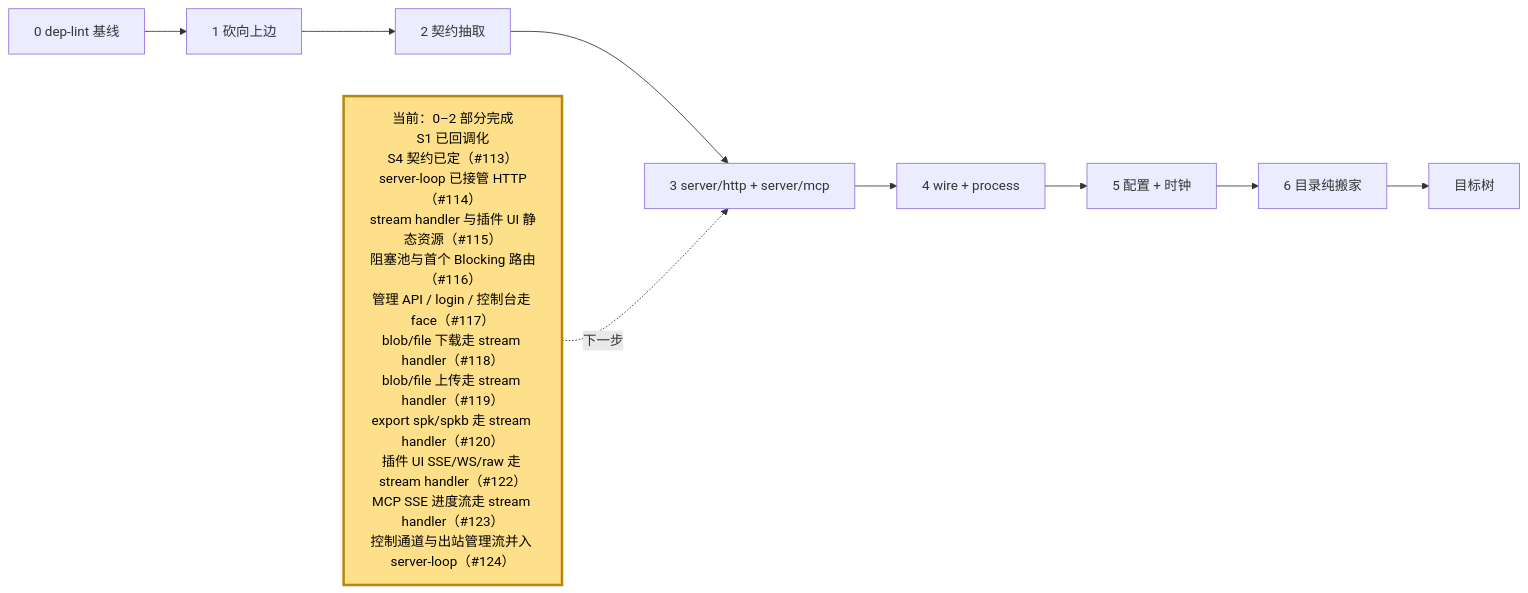
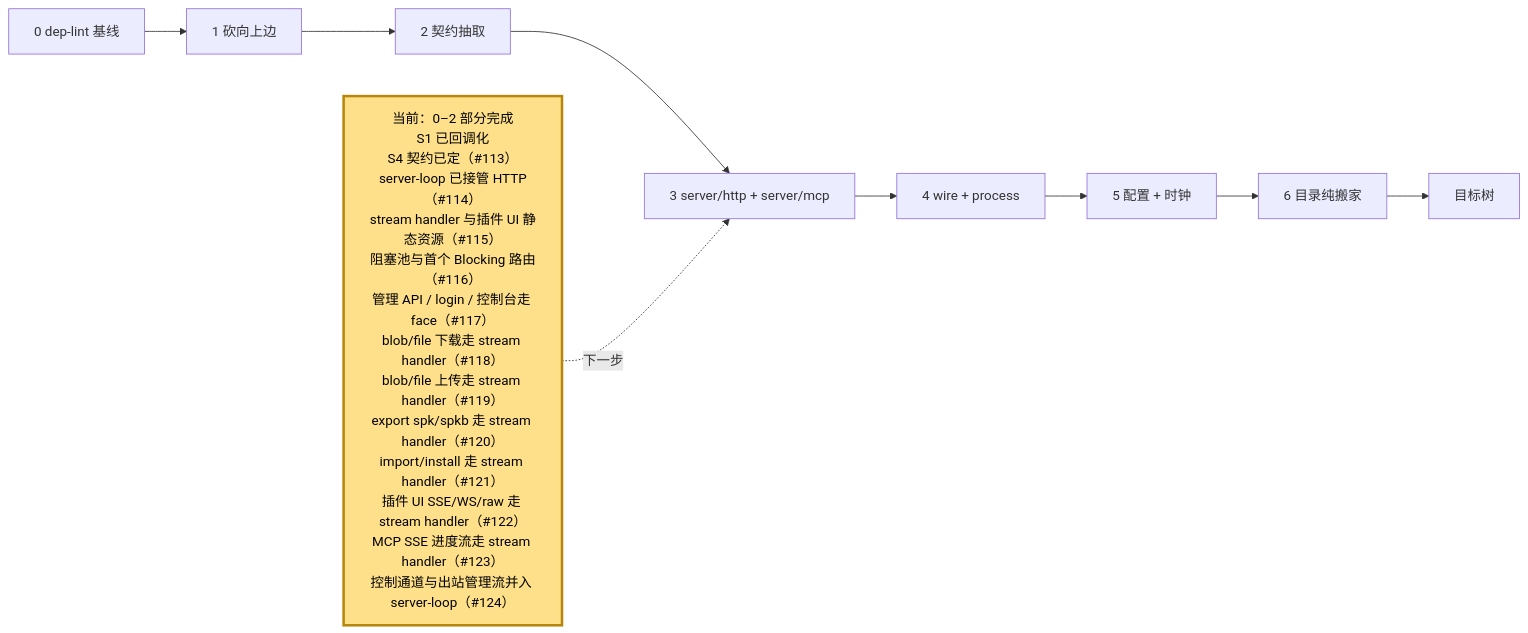
The fifth of 5 diagrams in docs/architecture.md (webxxxxx/plugin-manager), drawn with Mermaid before and after one commit. The commit also changed 5 other files, not shown here.

````diff
--- a/docs/architecture.md
+++ b/docs/architecture.md
@@ -379,15 +379,15 @@
 ```mermaid
 flowchart LR
     S0["0 dep-lint 基线"] --> S1["1 砍向上边"]
     S1 --> S2["2 契约抽取"]
     S2 --> S3["3 server/http + server/mcp"]
     S3 --> S4["4 wire + process"]
     S4 --> S5["5 配置 + 时钟"]
     S5 --> S6["6 目录纯搬家"]
     S6 --> DONE["目标树"]
 
-    NOW["当前：0–2 部分完成<br/>S1 已回调化<br/>S4 契约已定（#113）<br/>server-loop 已接管 HTTP（#114）<br/>stream handler 与插件 UI 静态资源（#115）<br/>阻塞池与首个 Blocking 路由（#116）<br/>管理 API / login / 控制台走 face（#117）<br/>blob/file 下载走 stream handler（#118）<br/>blob/file 上传走 stream handler（#119）<br/>export spk/spkb 走 stream handler（#120）<br/>插件 UI SSE/WS/raw 走 stream handler（#122）<br/>MCP SSE 进度流走 stream handler（#123）<br/>控制通道与出站管理流并入 server-loop（#124）"]:::current
+    NOW["当前：0–2 部分完成<br/>S1 已回调化<br/>S4 契约已定（#113）<br/>server-loop 已接管 HTTP（#114）<br/>stream handler 与插件 UI 静态资源（#115）<br/>阻塞池与首个 Blocking 路由（#116）<br/>管理 API / login / 控制台走 face（#117）<br/>blob/file 下载走 stream handler（#118）<br/>blob/file 上传走 stream handler（#119）<br/>export spk/spkb 走 stream handler（#120）<br/>import/install 走 stream handler（#121）<br/>插件 UI SSE/WS/raw 走 stream handler（#122）<br/>MCP SSE 进度流走 stream handler（#123）<br/>控制通道与出站管理流并入 server-loop（#124）"]:::current
     NOW -.->|下一步| S3
 
     classDef current fill:#ffe08a,stroke:#b8860b,stroke-width:3px,color:#000
 ```
````
